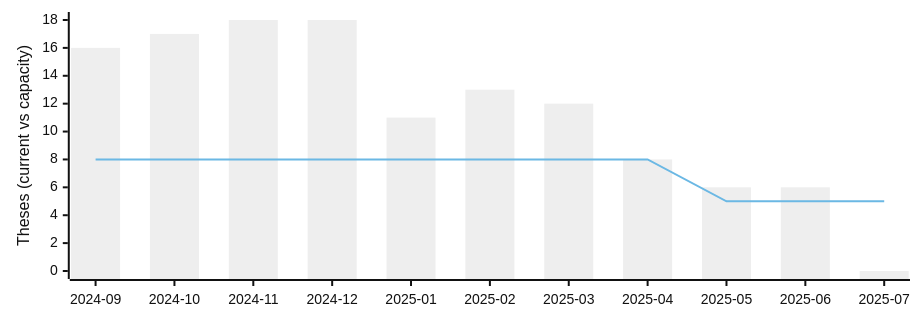
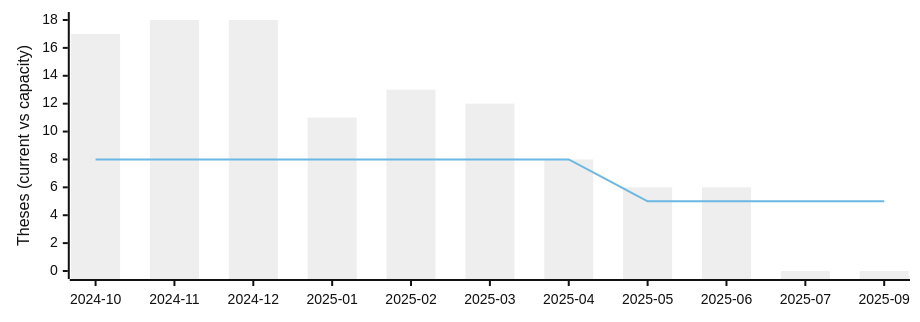
Before and after one commit to digital-work-lab/theses: the diagram in _includes/availability.md, drawn with Mermaid (neutral theme).

Commit message:
Update availability chart

````diff
--- a/_includes/availability.md
+++ b/_includes/availability.md
@@ -2,13 +2,13 @@
 ```mermaid
 ---
 config:
     xyChart:
         width: 900
         height: 300
 ---
 xychart-beta
-    x-axis [2024-09, 2024-10, 2024-11, 2024-12, 2025-01, 2025-02, 2025-03, 2025-04, 2025-05, 2025-06, 2025-07]
+    x-axis [2024-10, 2024-11, 2024-12, 2025-01, 2025-02, 2025-03, 2025-04, 2025-05, 2025-06, 2025-07, 2025-09]
     y-axis "Theses (current vs capacity)" 0 --> 18
-    bar [16, 17, 18, 18, 11, 13, 12, 8, 6, 6, 0]
-    line [8, 8, 8, 8, 8, 8, 8, 8, 5, 5, 5]
+    bar [17, 18, 18, 11, 13, 12, 8, 6, 6, 0, 0]
+    line [8, 8, 8, 8, 8, 8, 8, 5, 5, 5, 5]
 ```
````
